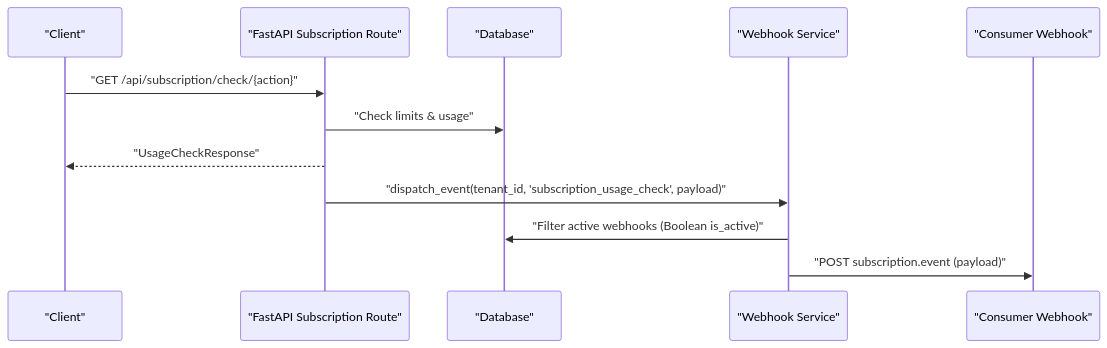
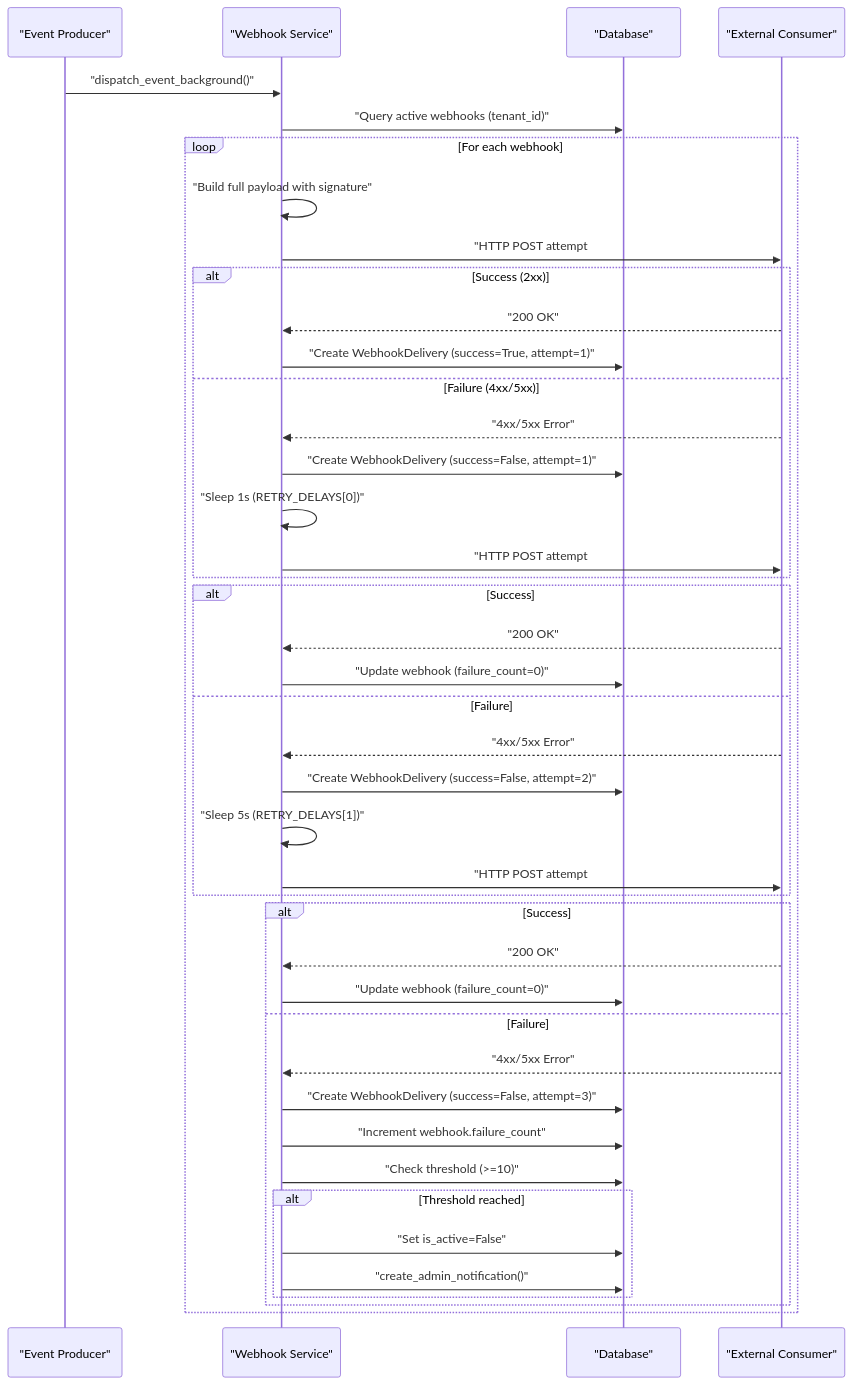
One commit to Revanththetalogics/aireume changed the fifth of 6 diagrams in .qoder/repowiki/en/content/Advanced Topics/Integration Patterns/Webhook Systems.md. Above: the diagram before and after it, drawn with Mermaid. The commit also changed other lines of this file and 13 other files, not shown here.

````diff
--- a/.qoder/repowiki/en/content/Advanced Topics/Integration Patterns/Webhook Systems.md
+++ b/.qoder/repowiki/en/content/Advanced Topics/Integration Patterns/Webhook Systems.md
@@ -262,14 +284,44 @@
 ```mermaid
 sequenceDiagram
-participant Client as "Client"
-participant API as "FastAPI Subscription Route"
+participant Producer as "Event Producer"
+participant WS as "Webhook Service"
 participant DB as "Database"
-participant WS as "Webhook Service"
-participant Consumer as "Consumer Webhook"
-Client->>API : "GET /api/subscription/check/{action}"
-API->>DB : "Check limits & usage"
-API-->>Client : "UsageCheckResponse"
-API->>WS : "dispatch_event(tenant_id, 'subscription_usage_check', payload)"
-WS->>DB : "Filter active webhooks (Boolean is_active)"
-WS->>Consumer : "POST subscription.event (payload)"
+participant Consumer as "External Consumer"
+Producer->>WS : "dispatch_event_background()"
+WS->>DB : "Query active webhooks (tenant_id)"
+loop For each webhook
+WS->>WS : "Build full payload with signature"
+WS->>Consumer : "HTTP POST attempt #1"
+alt Success (2xx)
+Consumer-->>WS : "200 OK"
+WS->>DB : "Create WebhookDelivery (success=True, attempt=1)"
+else Failure (4xx/5xx)
+Consumer-->>WS : "4xx/5xx Error"
+WS->>DB : "Create WebhookDelivery (success=False, attempt=1)"
+WS->>WS : "Sleep 1s (RETRY_DELAYS[0])"
+WS->>Consumer : "HTTP POST attempt #2"
+end
+alt Success
+Consumer-->>WS : "200 OK"
+WS->>DB : "Update webhook (failure_count=0)"
+else Failure
+Consumer-->>WS : "4xx/5xx Error"
+WS->>DB : "Create WebhookDelivery (success=False, attempt=2)"
+WS->>WS : "Sleep 5s (RETRY_DELAYS[1])"
+WS->>Consumer : "HTTP POST attempt #3"
+end
+alt Success
+Consumer-->>WS : "200 OK"
+WS->>DB : "Update webhook (failure_count=0)"
+else Failure
+Consumer-->>WS : "4xx/5xx Error"
+WS->>DB : "Create WebhookDelivery (success=False, attempt=3)"
+WS->>DB : "Increment webhook.failure_count"
+WS->>DB : "Check threshold (>=10)"
+alt Threshold reached
+WS->>DB : "Set is_active=False"
+WS->>DB : "create_admin_notification()"
+end
+end
+end
 ```
````
